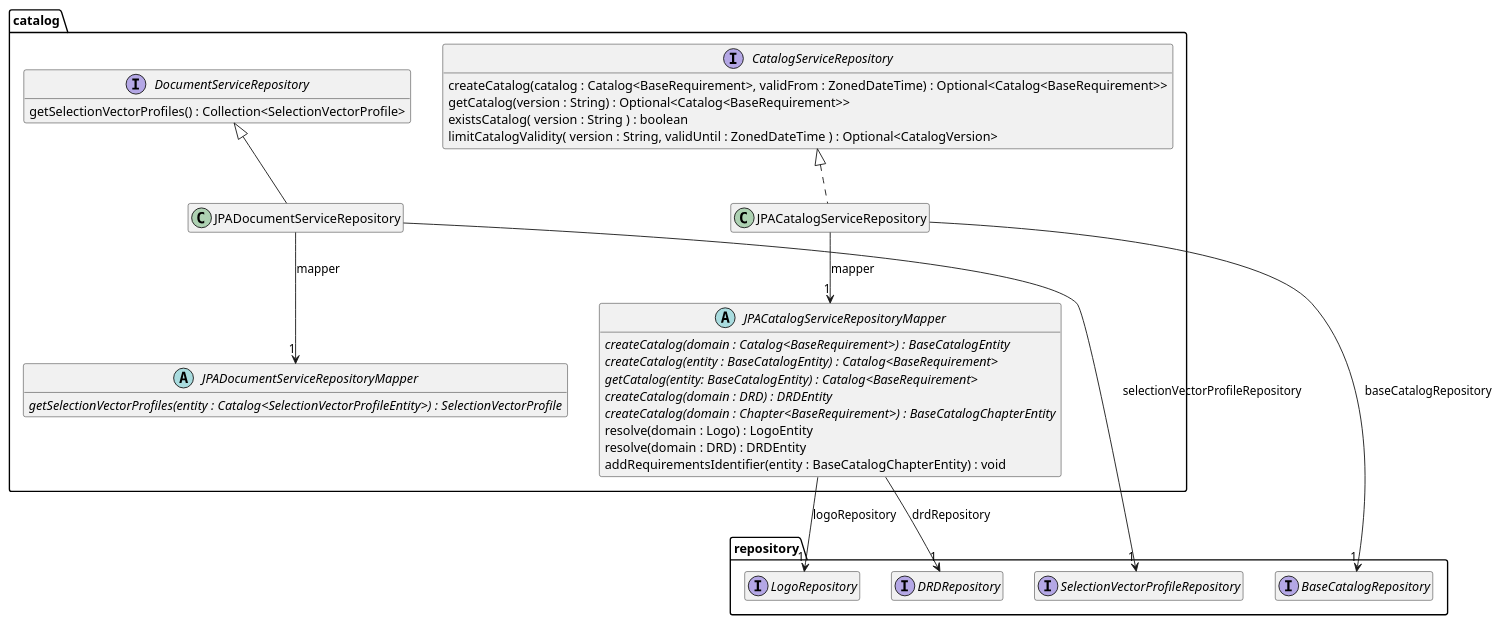
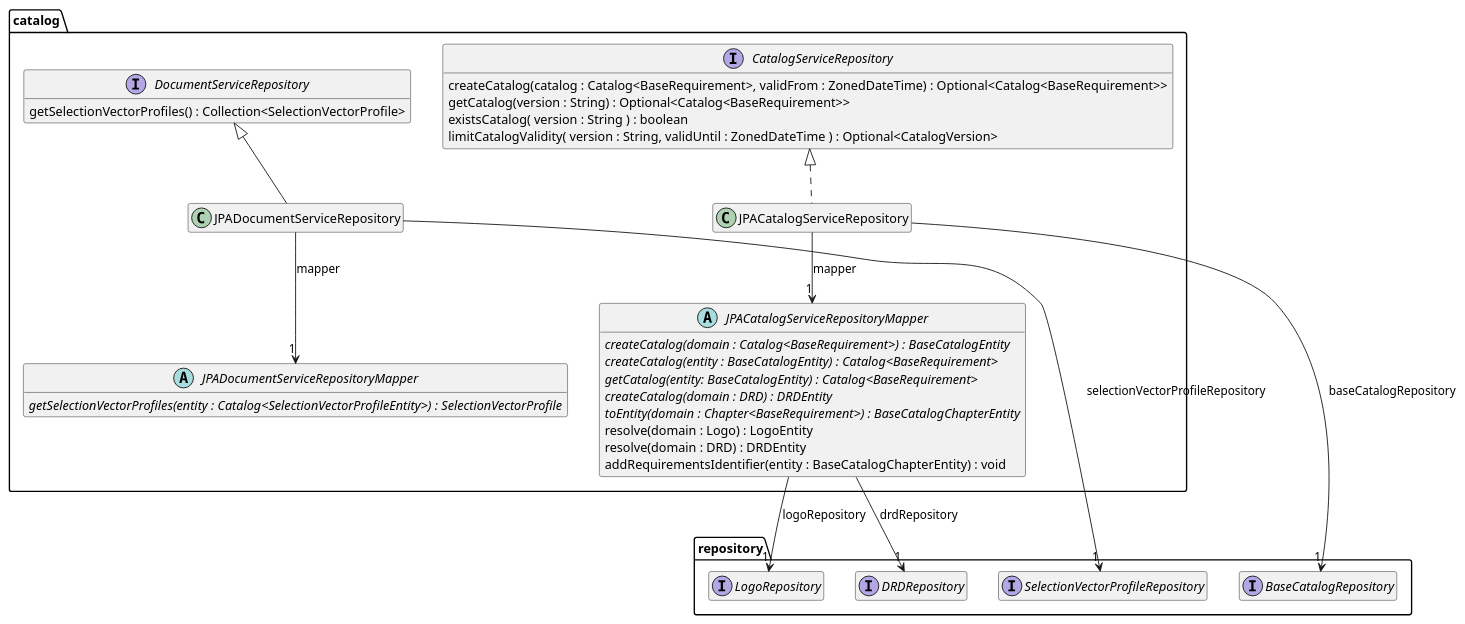
Before and after one commit to tailoringexpert/platform: the diagram in src/site/arc42/plantuml/data-jpa/catalog/Ebene3.plantuml, drawn with PlantUML. The commit also changed 11 other files, not shown here.

```diff
--- a/src/site/arc42/plantuml/data-jpa/catalog/Ebene3.plantuml
+++ b/src/site/arc42/plantuml/data-jpa/catalog/Ebene3.plantuml
@@ -1,55 +1,55 @@
 @startuml Ebene3.png
 hide empty members
 
 package repository {
     interface BaseCatalogRepository
     interface LogoRepository
     interface DRDRepository
     interface SelectionVectorProfileRepository
 
 }
 package catalog {
     interface CatalogServiceRepository {
         createCatalog(catalog : Catalog<BaseRequirement>, validFrom : ZonedDateTime) : Optional<Catalog<BaseRequirement>>
         getCatalog(version : String) : Optional<Catalog<BaseRequirement>>
         existsCatalog( version : String ) : boolean
         limitCatalogValidity( version : String, validUntil : ZonedDateTime ) : Optional<CatalogVersion>
     }
 
     abstract JPACatalogServiceRepositoryMapper {
         {abstract} createCatalog(domain : Catalog<BaseRequirement>) : BaseCatalogEntity
         {abstract} createCatalog(entity : BaseCatalogEntity) : Catalog<BaseRequirement>
         {abstract} getCatalog(entity: BaseCatalogEntity) : Catalog<BaseRequirement>
         {abstract} createCatalog(domain : DRD) : DRDEntity
-        {abstract} createCatalog(domain : Chapter<BaseRequirement>) : BaseCatalogChapterEntity
+        {abstract} toEntity(domain : Chapter<BaseRequirement>) : BaseCatalogChapterEntity
         resolve(domain : Logo) : LogoEntity
         resolve(domain : DRD) : DRDEntity
         addRequirementsIdentifier(entity : BaseCatalogChapterEntity) : void
 
     }
     JPACatalogServiceRepositoryMapper --> "1" LogoRepository : logoRepository
     JPACatalogServiceRepositoryMapper --> "1" DRDRepository : drdRepository
 
     class JPACatalogServiceRepository {
     }
 
     CatalogServiceRepository <|.. JPACatalogServiceRepository
     JPACatalogServiceRepository --> "1" JPACatalogServiceRepositoryMapper : mapper
     JPACatalogServiceRepository --> "1" BaseCatalogRepository : baseCatalogRepository
 
     abstract JPADocumentServiceRepositoryMapper {
         {abstract} getSelectionVectorProfiles(entity : Catalog<SelectionVectorProfileEntity>) : SelectionVectorProfile
     }
 
     interface DocumentServiceRepository {
         getSelectionVectorProfiles() : Collection<SelectionVectorProfile>
     }
 
     class JPADocumentServiceRepository {
     }
     DocumentServiceRepository <|-- JPADocumentServiceRepository
     JPADocumentServiceRepository --> "1" JPADocumentServiceRepositoryMapper : mapper
     JPADocumentServiceRepository --> "1" SelectionVectorProfileRepository : selectionVectorProfileRepository
 }
 
 @enduml
```
